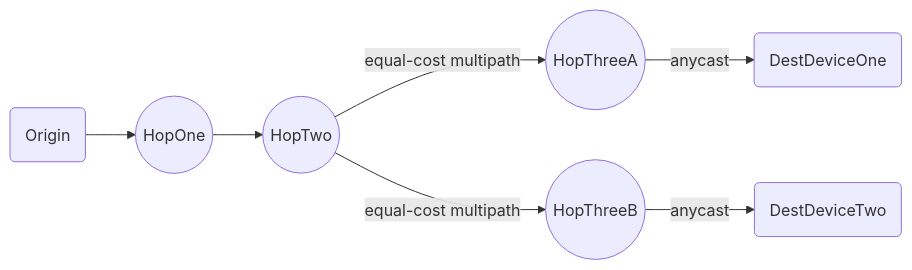
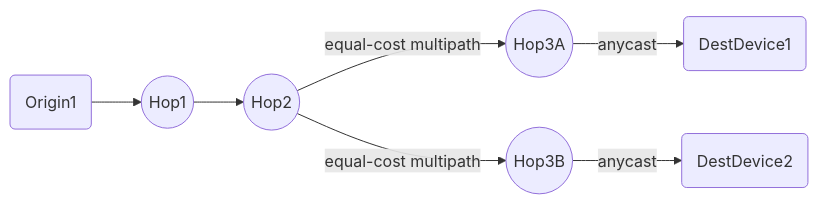
The second of 3 diagrams in content/post/tcp-anycast-shift.md (Cori1109/Cori1109.github.io), drawn with Mermaid before and after one commit. The commit also changed other lines of this file, not shown here.

````diff
--- a/content/post/tcp-anycast-shift.md
+++ b/content/post/tcp-anycast-shift.md
@@ -70,13 +70,15 @@
 ```mermaid
 graph LR
-Origin(Origin)
-DestDeviceOne(DestDeviceOne)
-DestDeviceTwo(DestDeviceTwo)
-HopOne((HopOne))
-HopTwo((HopTwo))
-HopThreeA((HopThreeA))
-HopThreeB((HopThreeB))
+
+Origin(Origin1)
+DestDeviceOne(DestDevice1)
+DestDeviceTwo(DestDevice2)
+HopOne((Hop1))
+HopTwo((Hop2))
+HopThreeA((Hop3A))
+HopThreeB((Hop3B))
+
 Origin --> HopOne --> HopTwo
 HopTwo -->|equal-cost multipath| HopThreeA --> |anycast| DestDeviceOne
 HopTwo -->|equal-cost multipath| HopThreeB --> |anycast| DestDeviceTwo
 ```
````
